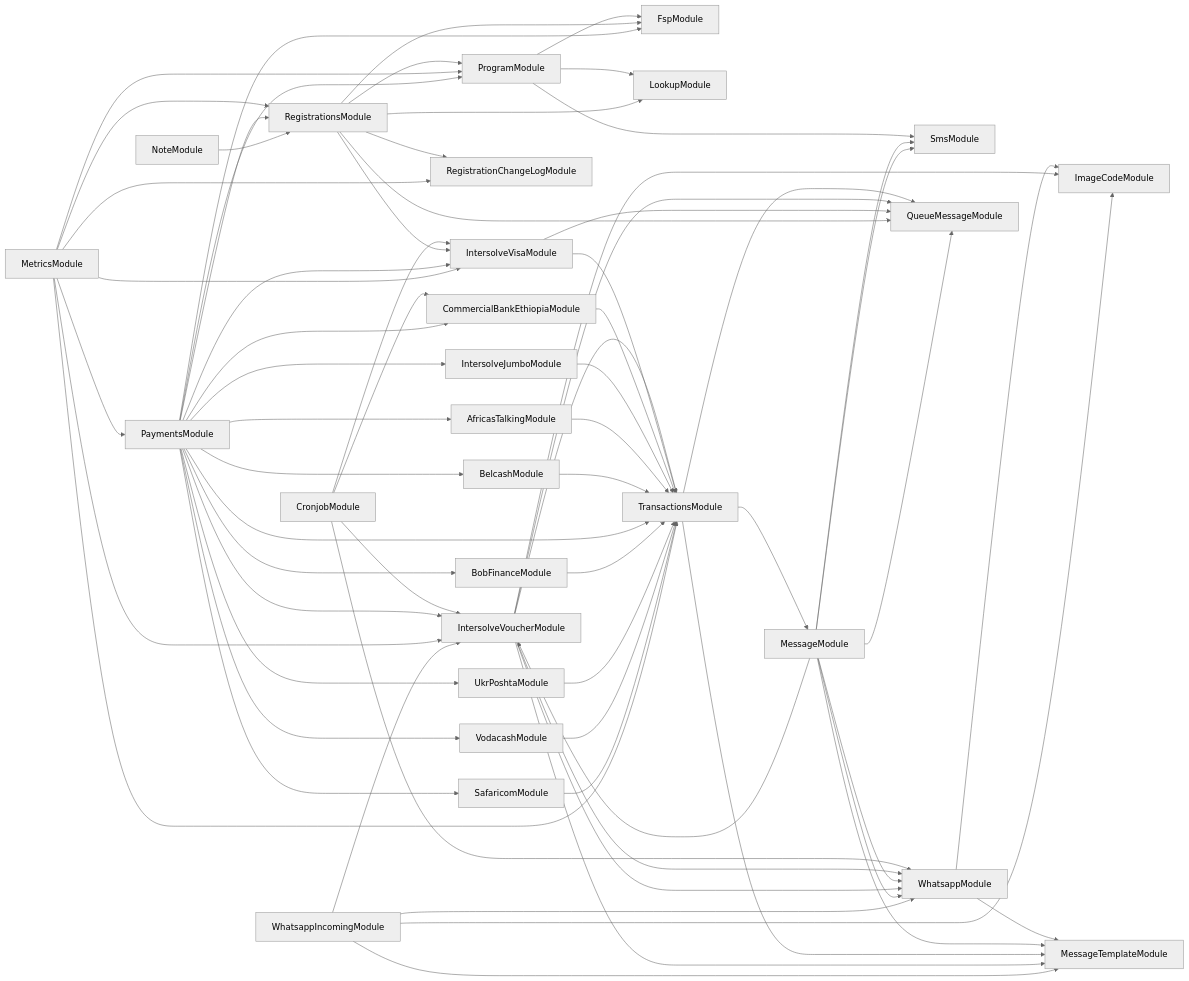
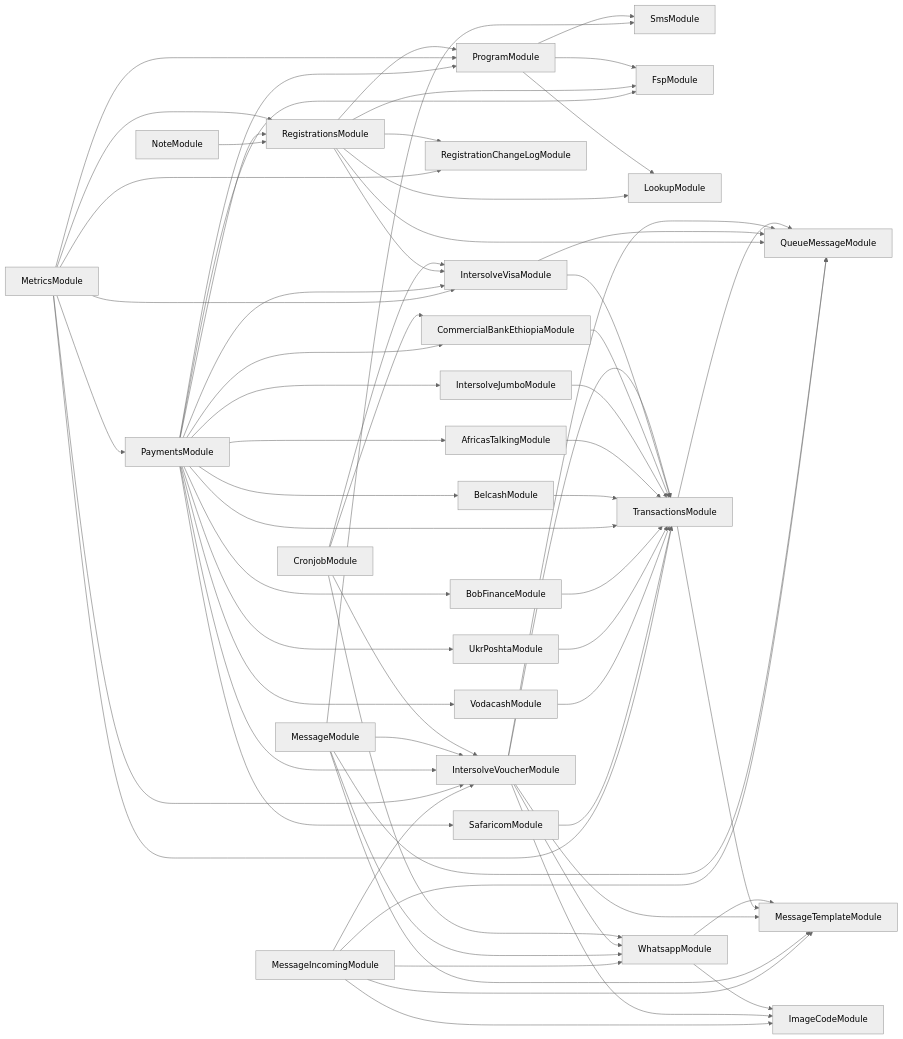
One commit to global-121/121-platform changed the diagram in services/121-service/module-dependencies.md. Above: the diagram before and after it, drawn with Mermaid (neutral theme).

Commit message:
chore: updat module diagram AB#24807

````diff
--- a/services/121-service/module-dependencies.md
+++ b/services/121-service/module-dependencies.md
@@ -3,70 +3,67 @@
 ```mermaid
 graph LR
   ProgramModule-->SmsModule
   ProgramModule-->FspModule
   ProgramModule-->LookupModule
   CronjobModule-->WhatsappModule
   WhatsappModule-->ImageCodeModule
   WhatsappModule-->MessageTemplateModule
   CronjobModule-->IntersolveVoucherModule
   IntersolveVoucherModule-->ImageCodeModule
   IntersolveVoucherModule-->TransactionsModule
   TransactionsModule-->QueueMessageModule
+  TransactionsModule-->MessageTemplateModule
   IntersolveVoucherModule-->WhatsappModule
   IntersolveVoucherModule-->QueueMessageModule
-  TransactionsModule-->MessageModule
-  MessageModule-->WhatsappModule
-  MessageModule-->SmsModule
-  MessageModule-->MessageTemplateModule
-  TransactionsModule-->MessageTemplateModule
-  IntersolveVoucherModule-->WhatsappModule
   IntersolveVoucherModule-->MessageTemplateModule
   CronjobModule-->IntersolveVisaModule
   IntersolveVisaModule-->TransactionsModule
   IntersolveVisaModule-->QueueMessageModule
   CronjobModule-->CommercialBankEthiopiaModule
   CommercialBankEthiopiaModule-->TransactionsModule
   RegistrationsModule-->LookupModule
   RegistrationsModule-->ProgramModule
   RegistrationsModule-->FspModule
   RegistrationsModule-->QueueMessageModule
   RegistrationsModule-->IntersolveVisaModule
   RegistrationsModule-->RegistrationChangeLogModule
   MessageModule-->WhatsappModule
   MessageModule-->SmsModule
   MessageModule-->QueueMessageModule
   MessageModule-->IntersolveVoucherModule
+  MessageModule-->MessageTemplateModule
   MetricsModule-->ProgramModule
   MetricsModule-->RegistrationsModule
   MetricsModule-->PaymentsModule
   PaymentsModule-->FspModule
   PaymentsModule-->IntersolveVoucherModule
   PaymentsModule-->IntersolveVisaModule
   PaymentsModule-->IntersolveJumboModule
   IntersolveJumboModule-->TransactionsModule
   PaymentsModule-->AfricasTalkingModule
   AfricasTalkingModule-->TransactionsModule
   PaymentsModule-->BelcashModule
   BelcashModule-->TransactionsModule
   PaymentsModule-->TransactionsModule
   PaymentsModule-->BobFinanceModule
   BobFinanceModule-->TransactionsModule
   PaymentsModule-->UkrPoshtaModule
   UkrPoshtaModule-->TransactionsModule
   PaymentsModule-->VodacashModule
   VodacashModule-->TransactionsModule
   PaymentsModule-->SafaricomModule
   SafaricomModule-->TransactionsModule
   PaymentsModule-->CommercialBankEthiopiaModule
   PaymentsModule-->RegistrationsModule
   PaymentsModule-->ProgramModule
   MetricsModule-->TransactionsModule
   MetricsModule-->IntersolveVisaModule
   MetricsModule-->IntersolveVoucherModule
   MetricsModule-->RegistrationChangeLogModule
-  WhatsappIncomingModule-->ImageCodeModule
-  WhatsappIncomingModule-->IntersolveVoucherModule
-  WhatsappIncomingModule-->WhatsappModule
-  WhatsappIncomingModule-->MessageTemplateModule
+  MessageIncomingModule-->ImageCodeModule
+  MessageIncomingModule-->IntersolveVoucherModule
+  MessageIncomingModule-->WhatsappModule
+  MessageIncomingModule-->QueueMessageModule
+  MessageIncomingModule-->MessageTemplateModule
   NoteModule-->RegistrationsModule
 ```
````
